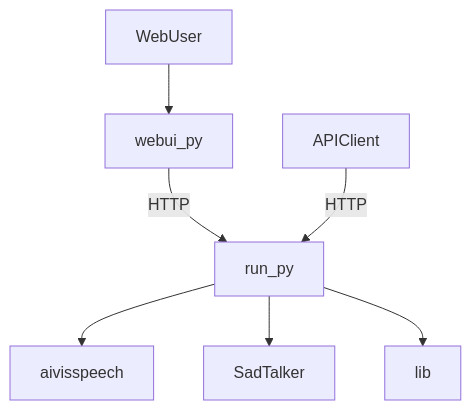
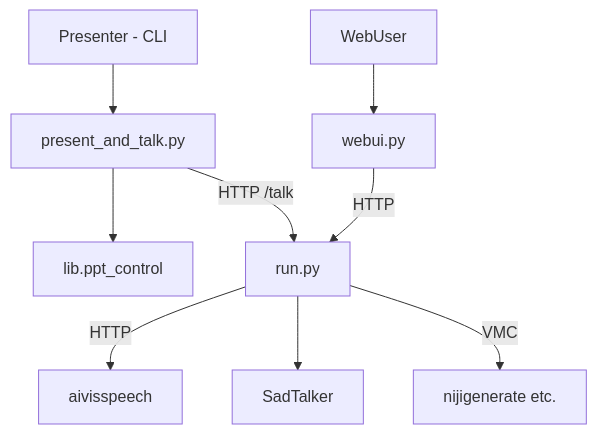
The diagram in README.md (seagetch/aituber-talk), drawn with Mermaid before and after one commit. The commit also changed other lines of this file, not shown here.

````diff
--- a/README.md
+++ b/README.md
@@ -45,19 +45,25 @@
 ```mermaid
 flowchart TD
     user_web[WebUser]
-    user_api[APIClient]
-    webui_py[webui_py]
-    run_py[run_py]
+    user_presenter[Presenter - CLI]
+    webui_py[webui.py]
+    present_and_talk_py[present_and_talk.py]
+    pptx[lib.ppt_control]
+    run_py[run.py]
     aivisspeech_dir[aivisspeech]
     sadtalker_dir[SadTalker]
-    lib_dir[lib]
-
+    nijigenerate[nijigenerate etc.]
+   
     user_web --> webui_py
     webui_py -->|HTTP| run_py
-    user_api -->|HTTP| run_py
-    run_py --> aivisspeech_dir
+    run_py --> |HTTP| aivisspeech_dir
     run_py --> sadtalker_dir
-    run_py --> lib_dir
+    run_py -->|VMC| nijigenerate
+
+    user_presenter --> present_and_talk_py
+    present_and_talk_py --> pptx
+    present_and_talk_py -->|HTTP /talk| run_py
 
     %% run_py is the API server. It orchestrates aivisspeech (TTS) and SadTalker (avatar motion).
+    %% present_and_talk.py automates PowerPoint and calls run.py API for each slide.
 ```
````
